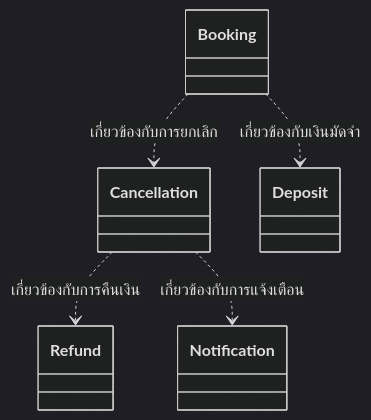
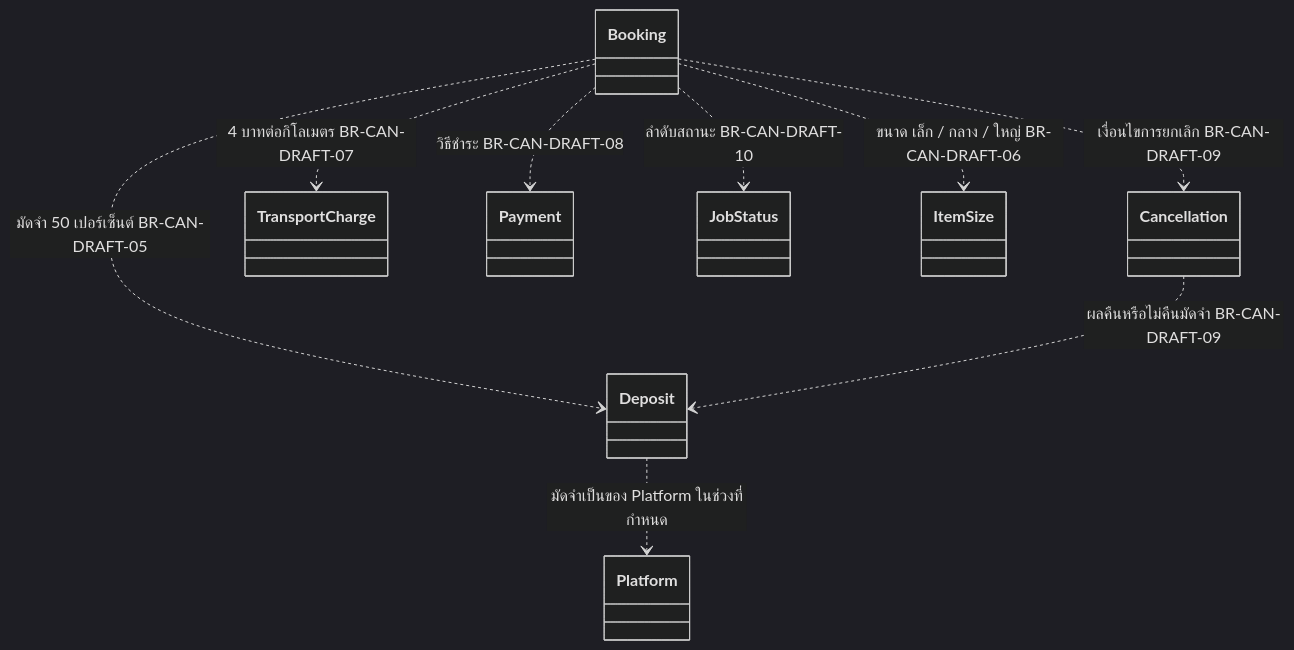
Before and after one commit to nninizz/KhonYaai-Booking: the second of 4 diagrams in specs/006-cancle/models.md, drawn with Mermaid (dark theme). The commit also changed other lines of this file and 3 other files, not shown here.

Commit message:
docs(cancellation): update draft rules and boundary tests

````diff
--- a/specs/006-cancle/models.md
+++ b/specs/006-cancle/models.md
@@ -26,13 +29,20 @@
 ```mermaid
 classDiagram
   class Booking
   class Cancellation
   class Deposit
-  class Refund
-  class Notification
+  class TransportCharge
+  class Payment
+  class JobStatus
+  class Platform
+  class ItemSize
 
-  Booking ..> Cancellation : เกี่ยวข้องกับการยกเลิก
-  Booking ..> Deposit : เกี่ยวข้องกับเงินมัดจำ
-  Cancellation ..> Refund : เกี่ยวข้องกับการคืนเงิน
-  Cancellation ..> Notification : เกี่ยวข้องกับการแจ้งเตือน
+  Booking ..> Cancellation : เงื่อนไขการยกเลิก BR-CAN-DRAFT-09
+  Booking ..> Deposit : มัดจำ 50 เปอร์เซ็นต์ BR-CAN-DRAFT-05
+  Booking ..> TransportCharge : 4 บาทต่อกิโลเมตร BR-CAN-DRAFT-07
+  Booking ..> ItemSize : ขนาด เล็ก / กลาง / ใหญ่ BR-CAN-DRAFT-06
+  Booking ..> Payment : วิธีชำระ BR-CAN-DRAFT-08
+  Booking ..> JobStatus : ลำดับสถานะ BR-CAN-DRAFT-10
+  Cancellation ..> Deposit : ผลคืนหรือไม่คืนมัดจำ BR-CAN-DRAFT-09
+  Deposit ..> Platform : มัดจำเป็นของ Platform ในช่วงที่กำหนด
 ```
````
